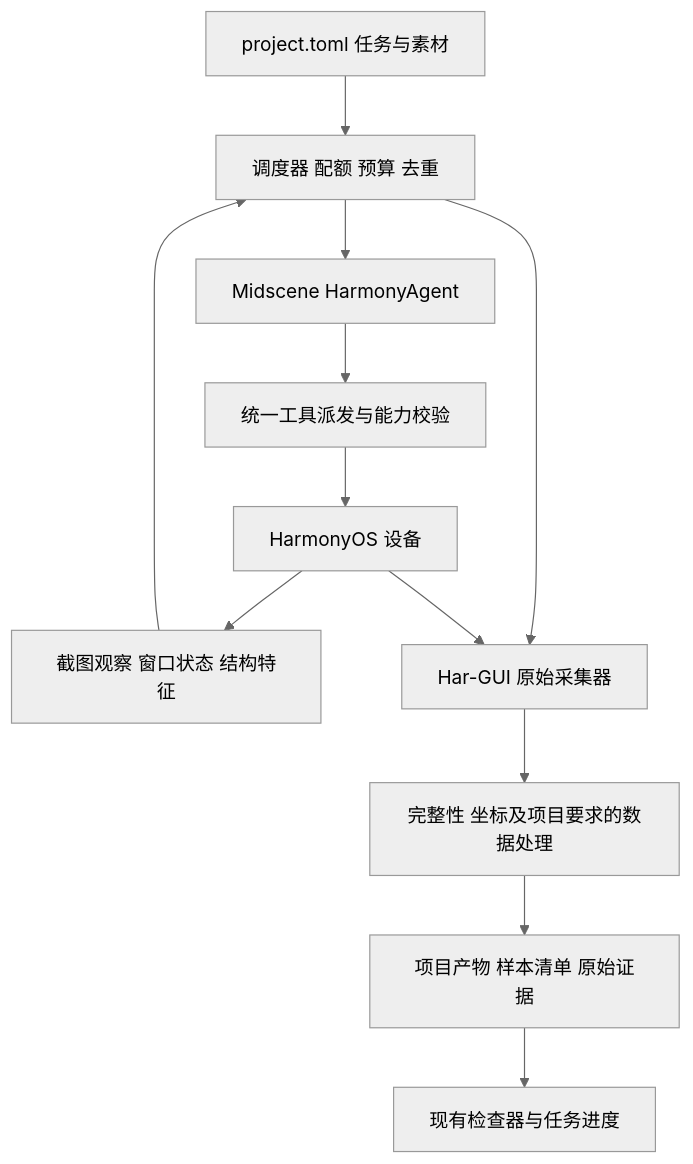
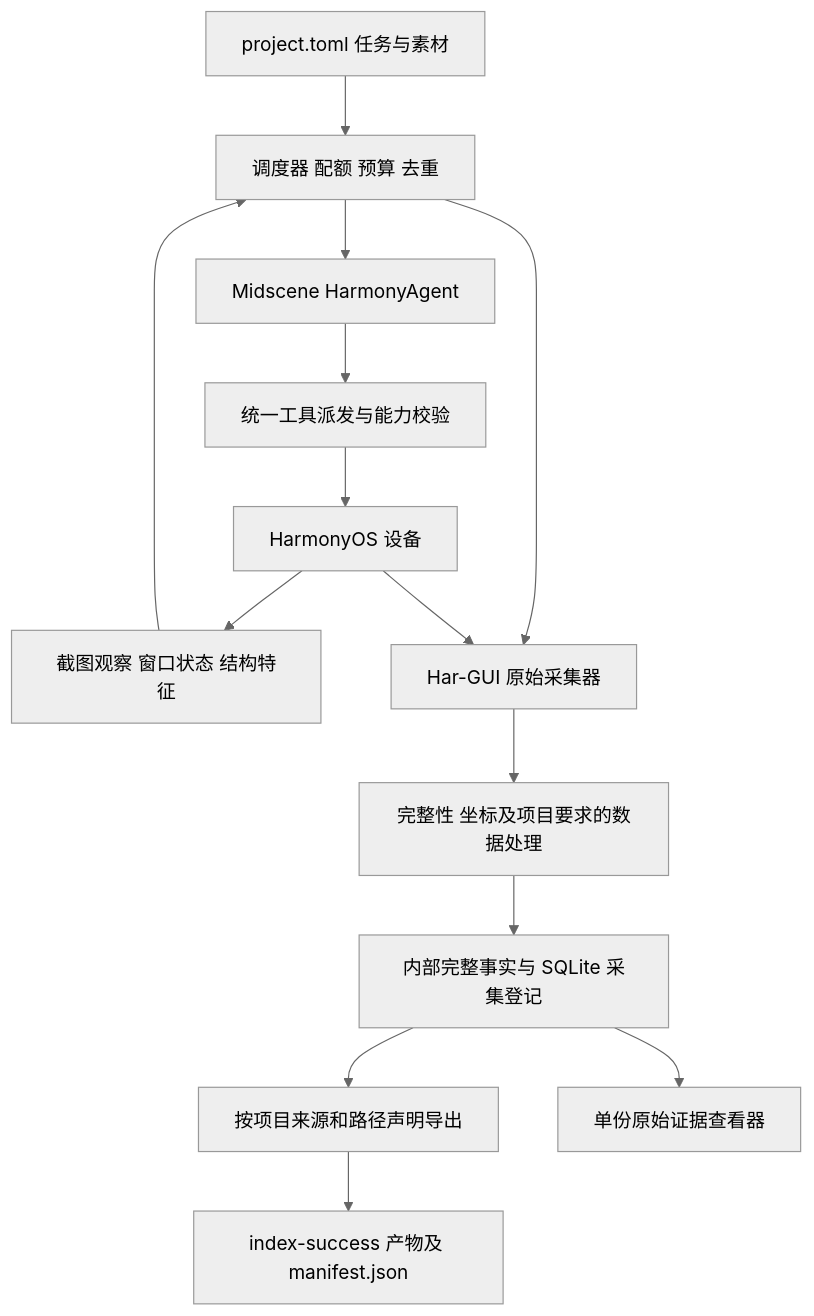
Before and after one commit to HoldThatThgt/Har-GUI: the fourth of 8 diagrams in docs/design/harmony-gui-agent-collection.md, drawn with Mermaid (neutral theme). The commit also changed other lines of this file and 54 other files, not shown here.

````diff
--- a/docs/design/harmony-gui-agent-collection.md
+++ b/docs/design/harmony-gui-agent-collection.md
@@ -247,14 +268,16 @@
 ```mermaid
 flowchart TB
     Plan[project.toml 任务与素材] --> Scheduler[调度器 配额 预算 去重]
     Scheduler --> Agent[Midscene HarmonyAgent]
     Agent --> Actions[统一工具派发与能力校验]
     Actions --> Device[HarmonyOS 设备]
     Device --> Observe[截图观察 窗口状态 结构特征]
     Observe --> Scheduler
     Scheduler --> Collector[Har-GUI 原始采集器]
     Device --> Collector
     Collector --> Validate[完整性 坐标及项目要求的数据处理]
-    Validate --> Dataset[项目产物 样本清单 原始证据]
-    Dataset --> Viewer[现有检查器与任务进度]
+    Validate --> Dataset[内部完整事实与 SQLite 采集登记]
+    Dataset --> Export[按项目来源和路径声明导出]
+    Export --> Delivery[index-success 产物及 manifest.json]
+    Dataset --> Viewer[单份原始证据查看器]
 ```
````
